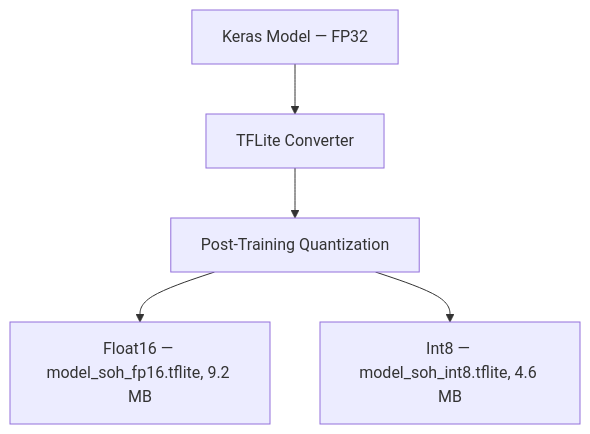
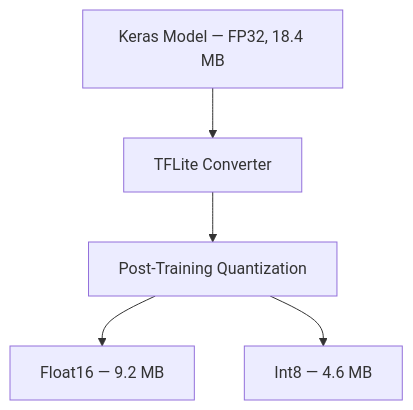
The diagram in docs/model_design.md (mithilgala-cmd/ChargeWise_EdgeAI), drawn with Mermaid before and after one commit. The commit also changed other lines of this file and 9 other files, not shown here.

````diff
--- a/docs/model_design.md
+++ b/docs/model_design.md
@@ -77,7 +79,7 @@
 ```mermaid
 graph TD
-    TF[Keras Model — FP32] --> Convert[TFLite Converter]
+    TF[Keras Model — FP32, 18.4 MB] --> Convert[TFLite Converter]
     Convert --> PTQ[Post-Training Quantization]
-    PTQ --> FP16[Float16 — model_soh_fp16.tflite, 9.2 MB]
-    PTQ --> INT8[Int8 — model_soh_int8.tflite, 4.6 MB]
+    PTQ --> FP16[Float16 — 9.2 MB]
+    PTQ --> INT8[Int8 — 4.6 MB]
 ```
````
